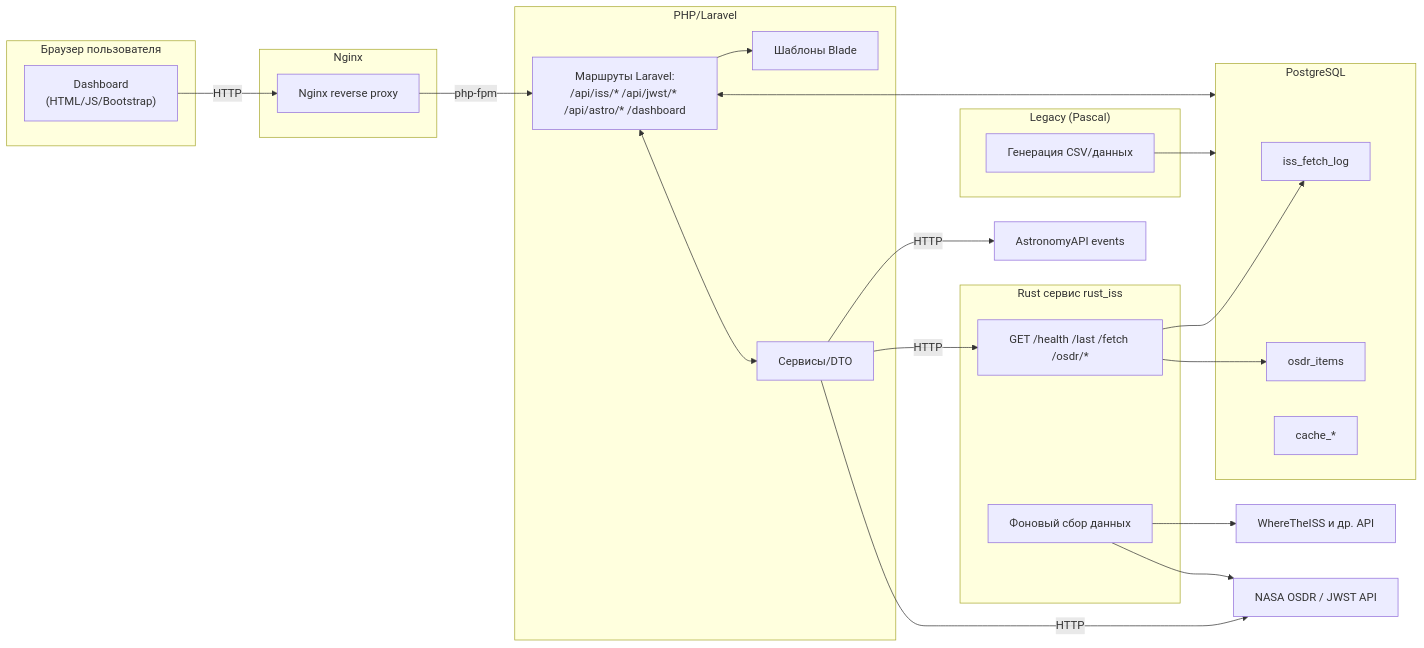
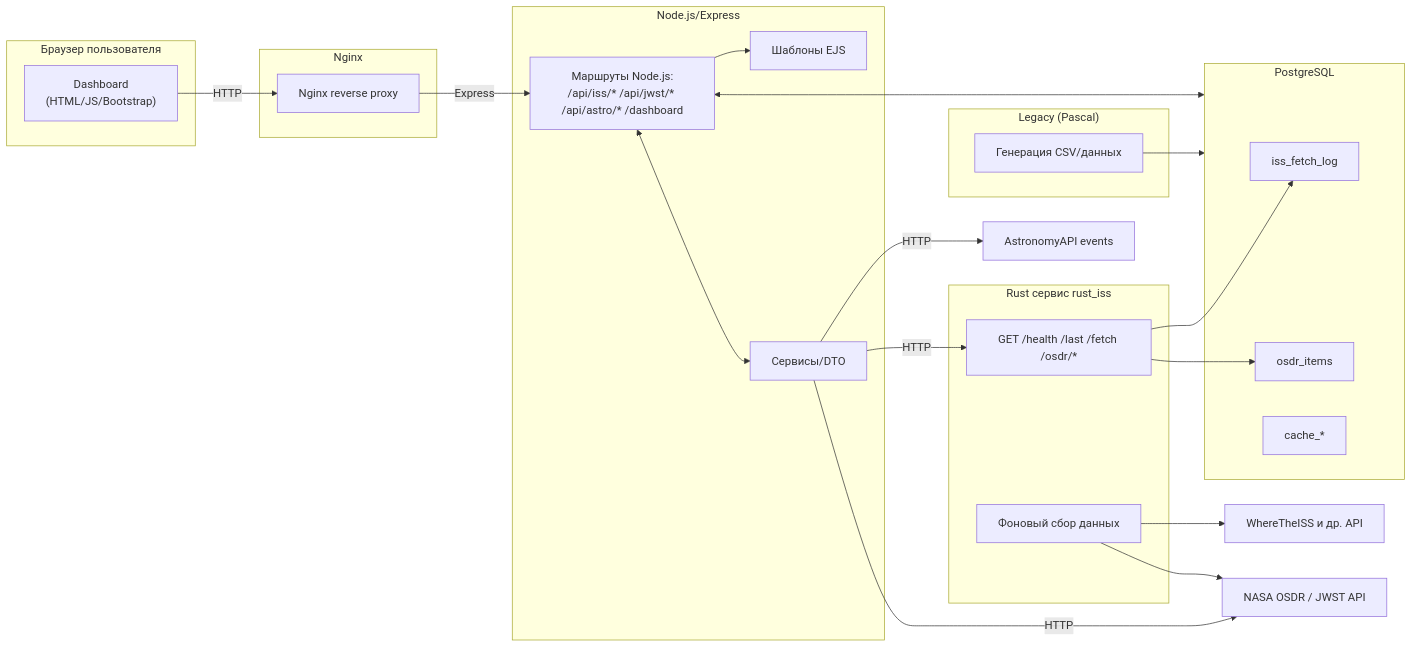
Before and after one commit to Sopirm/astronomy_proj: the diagram in Readme.md, drawn with Mermaid. The commit also changed other lines of this file, not shown here.

````diff
--- a/Readme.md
+++ b/Readme.md
@@ -4,49 +4,49 @@
 ```mermaid
 flowchart LR
   subgraph Client["Браузер пользователя"]
     UI["Dashboard<br/>(HTML/JS/Bootstrap)"]
   end
 
   subgraph Edge["Nginx"]
     N["Nginx reverse proxy"]
   end
 
-  subgraph Web["PHP/Laravel"]
-    LAPI["Маршруты Laravel:<br/>/api/iss/* /api/jwst/* /api/astro/* /dashboard"]
-    Views["Шаблоны Blade"]
+  subgraph Web["Node.js/Express"]
+    NAPI["Маршруты Node.js:<br/>/api/iss/* /api/jwst/* /api/astro/* /dashboard"]
+    Views["Шаблоны EJS"]
     Services["Сервисы/DTO"]
   end
 
   subgraph Rust["Rust сервис rust_iss"]
     RAPI["GET /health /last /fetch /osdr/*"]
     Scheduler["Фоновый сбор данных"]
   end
 
   subgraph DB["PostgreSQL"]
     T1["iss_fetch_log"]
     T2["osdr_items"]
     T3["cache_*"]
   end
 
   subgraph Legacy["Legacy (Pascal)"]
     Pascal["Генерация CSV/данных"]
   end
 
   Ext1["WhereTheISS и др. API"]
   Ext2["NASA OSDR / JWST API"]
   Ext3["AstronomyAPI events"]
 
   UI -->|HTTP| N
-  N -->|php-fpm| LAPI
-  LAPI --> Views
-  LAPI <--> Services
+  N -->|Express| NAPI
+  NAPI --> Views
+  NAPI <--> Services
   Services -->|HTTP| RAPI
   Services -->|HTTP| Ext2
   Services -->|HTTP| Ext3
   RAPI --> T1
   RAPI --> T2
   Scheduler --> Ext1
   Scheduler --> Ext2
   Pascal --> DB
-  DB <--> LAPI
+  DB <--> NAPI
 ```
````
